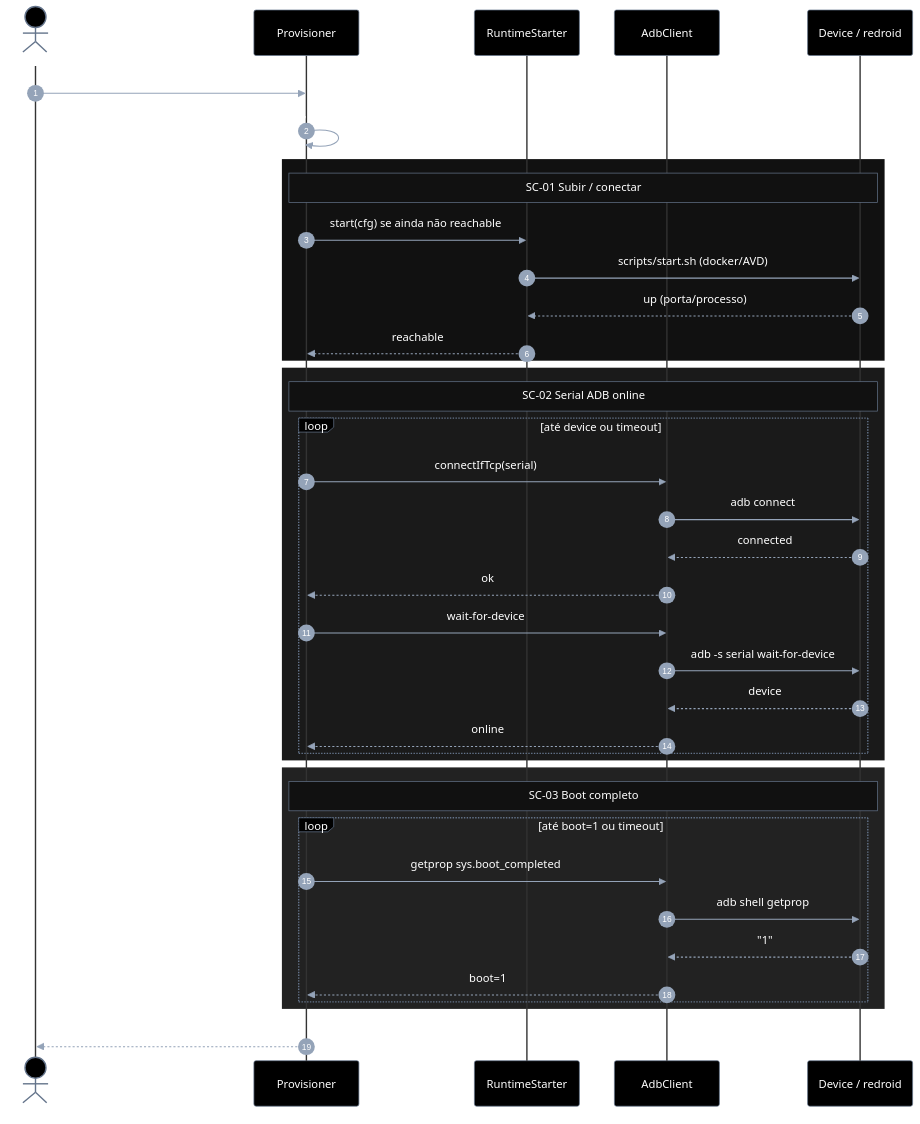
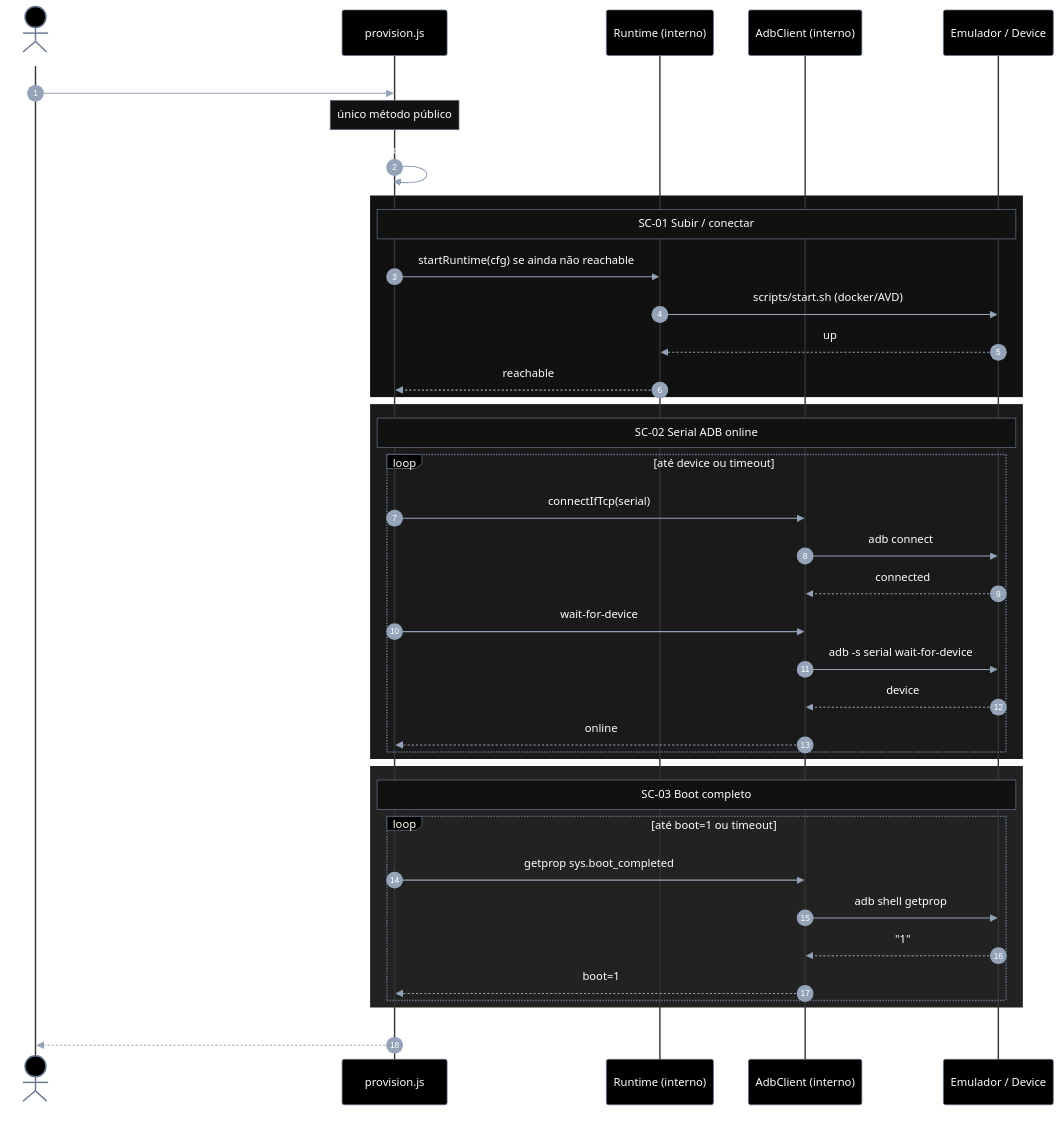
Before and after one commit to laerciogermano/workstation: the first of 2 diagrams in connectmax/screen-robot/implementation-plan/EP-01-provisionar-agente.md, drawn with Mermaid. The commit also changed other lines of this file and 3 other files, not shown here.

First line of the commit message:
Define no EP-01 a lib JS com único método público provisionEmulator.

````diff
--- a/connectmax/screen-robot/implementation-plan/EP-01-provisionar-agente.md
+++ b/connectmax/screen-robot/implementation-plan/EP-01-provisionar-agente.md
@@ -82,45 +104,45 @@
 sequenceDiagram
   autonumber
   actor Dev as Caller / CLI
-  participant P as Provisioner
-  participant R as RuntimeStarter
-  participant A as AdbClient
-  participant D as Device / redroid
+  participant Lib as provision.js
+  participant R as Runtime (interno)
+  participant A as AdbClient (interno)
+  participant D as Emulador / Device
 
-  Dev->>P: provisionAgent(cfg)
-  P->>P: resolve serial, timeout, kind
+  Dev->>Lib: provisionEmulator(cfg)
+  note over Lib: único método público
+  Lib->>Lib: resolveConfig(cfg)
 
   rect rgb(17,17,17)
-    note over P,D: SC-01 Subir / conectar
-    P->>R: start(cfg) se ainda não reachable
+    note over Lib,D: SC-01 Subir / conectar
+    Lib->>R: startRuntime(cfg) se ainda não reachable
     R->>D: scripts/start.sh (docker/AVD)
-    D-->>R: up (porta/processo)
-    R-->>P: reachable
+    D-->>R: up
+    R-->>Lib: reachable
   end
 
   rect rgb(26,26,26)
-    note over P,D: SC-02 Serial ADB online
+    note over Lib,D: SC-02 Serial ADB online
     loop até device ou timeout
-      P->>A: connectIfTcp(serial)
+      Lib->>A: connectIfTcp(serial)
       A->>D: adb connect
       D-->>A: connected
-      A-->>P: ok
-      P->>A: wait-for-device
+      Lib->>A: wait-for-device
       A->>D: adb -s serial wait-for-device
       D-->>A: device
-      A-->>P: online
+      A-->>Lib: online
     end
   end
 
   rect rgb(34,34,34)
-    note over P,D: SC-03 Boot completo
+    note over Lib,D: SC-03 Boot completo
     loop até boot=1 ou timeout
-      P->>A: getprop sys.boot_completed
+      Lib->>A: getprop sys.boot_completed
       A->>D: adb shell getprop
       D-->>A: "1"
-      A-->>P: boot=1
+      A-->>Lib: boot=1
     end
   end
 
-  P-->>Dev: AgentHandle { serial, kind, provisionedAt }
+  Lib-->>Dev: AgentHandle { serial, kind, provisionedAt, bootCompleted }
 ```
````
